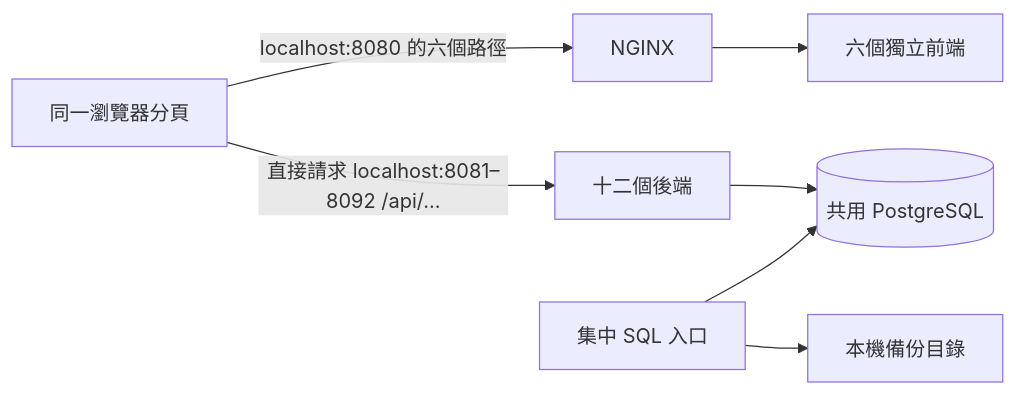
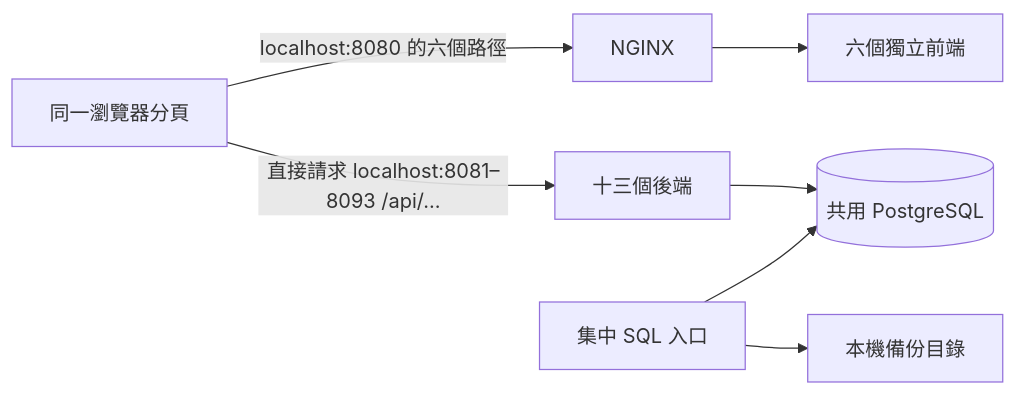
The diagram in docs/architecture.md (a9088391/AI-workflow-fullstack), drawn with Mermaid before and after one commit. The commit also changed other lines of this file and 21 other files, not shown here.

````diff
--- a/docs/architecture.md
+++ b/docs/architecture.md
@@ -5,9 +5,9 @@
 ```mermaid
 flowchart LR
   browser[同一瀏覽器分頁] -->|localhost:8080 的六個路徑| nginx[NGINX]
   nginx --> fronts[六個獨立前端]
-  browser -->|直接請求 localhost:8081–8092 /api/...| apis[十二個後端]
+  browser -->|直接請求 localhost:8081–8093 /api/...| apis[十三個後端]
   apis --> db[(共用 PostgreSQL)]
   sql[集中 SQL 入口] --> db
   sql --> backups[本機備份目錄]
 ```
````
